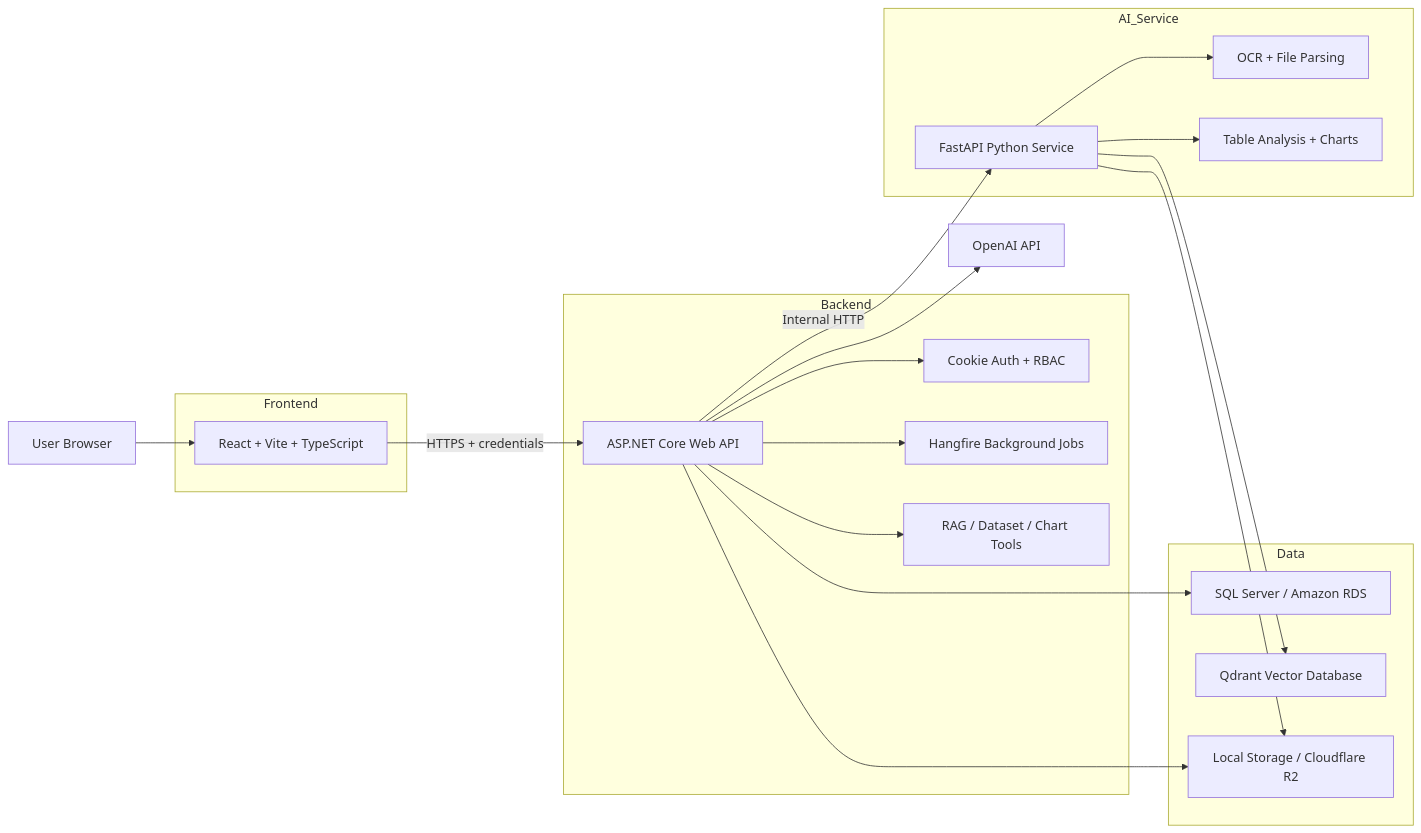
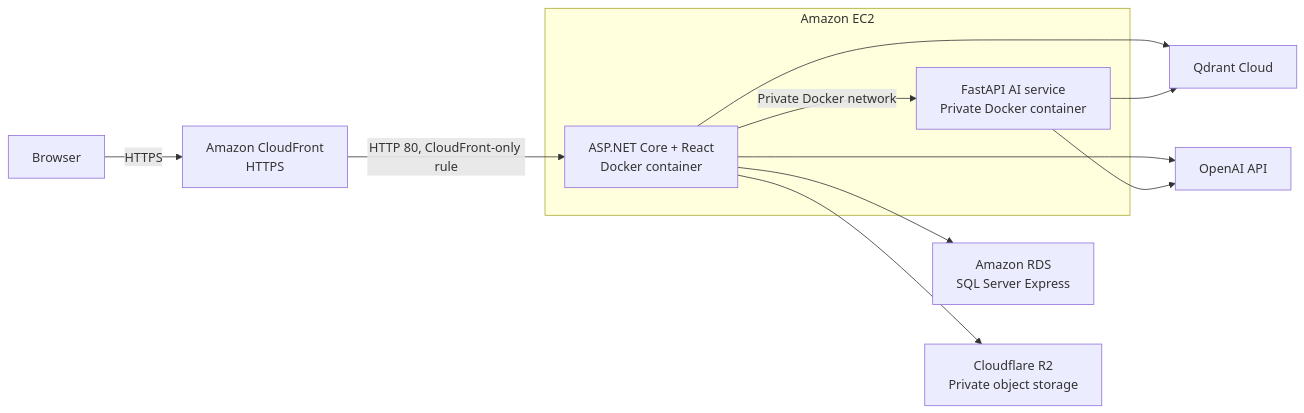
Before and after one commit to Nhb170405/Internal-AI-Chatbot: the diagram in readme.md, drawn with Mermaid. The commit also changed other lines of this file and 2 other files, not shown here.

Commit message:
Remove demo credentials and refresh AWS README

````diff
--- a/readme.md
+++ b/readme.md
@@ -156,45 +28,25 @@
 ```mermaid
 flowchart LR
-    User["User Browser"]
+    Browser["Browser"]
+    CF["Amazon CloudFront<br/>HTTPS"]
 
-    subgraph Frontend
-        React["React + Vite + TypeScript"]
+    subgraph EC2["Amazon EC2"]
+        Web["ASP.NET Core + React<br/>Docker container"]
+        Python["FastAPI AI service<br/>Private Docker container"]
     end
 
-    subgraph Backend
-        Api["ASP.NET Core Web API"]
-        Auth["Cookie Auth + RBAC"]
-        Jobs["Hangfire Background Jobs"]
-        Tools["RAG / Dataset / Chart Tools"]
-    end
-
-    subgraph AI_Service
-        Python["FastAPI Python Service"]
-        OCR["OCR + File Parsing"]
-        Analysis["Table Analysis + Charts"]
-    end
-
-    subgraph Data
-        Sql["SQL Server / Amazon RDS"]
-        Qdrant["Qdrant Vector Database"]
-        Blob["Local Storage / Cloudflare R2"]
-    end
-
+    RDS["Amazon RDS<br/>SQL Server Express"]
+    R2["Cloudflare R2<br/>Private object storage"]
+    Qdrant["Qdrant Cloud"]
     OpenAI["OpenAI API"]
 
-    User --> React
-    React -->|HTTPS + credentials| Api
-
-    Api --> Auth
-    Api --> Tools
-    Api --> Jobs
-    Api --> Sql
-    Api --> Blob
-    Api --> OpenAI
-    Api -->|Internal HTTP| Python
-
-    Python --> OCR
-    Python --> Analysis
+    Browser -->|HTTPS| CF
+    CF -->|HTTP 80, CloudFront-only rule| Web
+    Web -->|Private Docker network| Python
+    Web --> RDS
+    Web --> R2
+    Web --> Qdrant
+    Web --> OpenAI
     Python --> Qdrant
-    Python --> Blob
+    Python --> OpenAI
 ```
````
